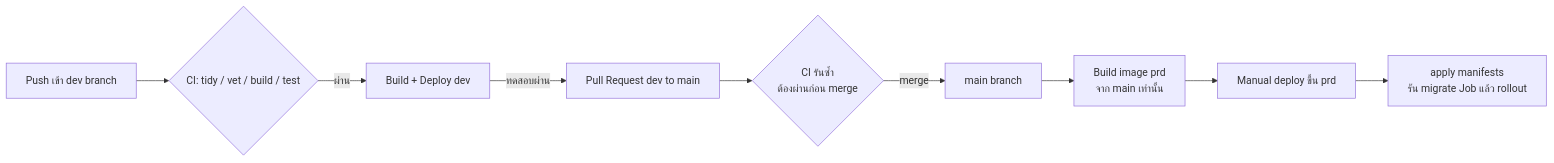
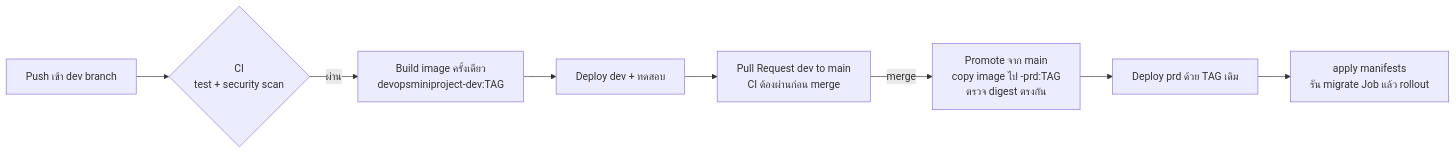
Before and after one commit to thanutgit/DevOpsMiniProject: the second of 2 diagrams in README.md, drawn with Mermaid. The commit also changed other lines of this file, not shown here.

````diff
--- a/README.md
+++ b/README.md
@@ -77,11 +77,10 @@
 ```mermaid
 flowchart LR
-    Dev[Push เข้า dev branch] --> CI{CI: tidy / vet / build / test}
-    CI -->|ผ่าน| DevDeploy[Build + Deploy dev]
-    DevDeploy -->|ทดสอบผ่าน| PR[Pull Request dev to main]
-    PR --> CI2{CI รันซ้ำ<br/>ต้องผ่านก่อน merge}
-    CI2 -->|merge| Main[main branch]
-    Main --> Build[Build image prd<br/>จาก main เท่านั้น]
-    Build --> Deploy[Manual deploy ขึ้น prd]
-    Deploy --> K8s[apply manifests<br/>รัน migrate Job แล้ว rollout]
+    Push[Push เข้า dev branch] --> CI{CI<br/>test + security scan}
+    CI -->|ผ่าน| Build[Build image ครั้งเดียว<br/>devopsminiproject-dev:TAG]
+    Build --> DevDeploy[Deploy dev + ทดสอบ]
+    DevDeploy --> PR[Pull Request dev to main<br/>CI ต้องผ่านก่อน merge]
+    PR -->|merge| Promote[Promote จาก main<br/>copy image ไป -prd:TAG<br/>ตรวจ digest ตรงกัน]
+    Promote --> PrdDeploy[Deploy prd ด้วย TAG เดิม]
+    PrdDeploy --> K8s[apply manifests<br/>รัน migrate Job แล้ว rollout]
 ```
````
